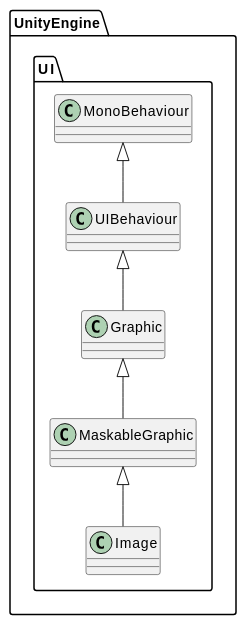
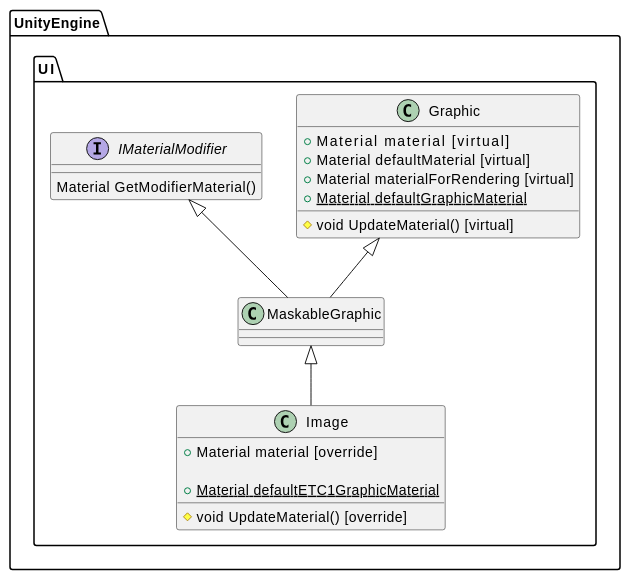
One commit to young40/young40.github.com changed the diagram in content/post/2021-12-26-UGUI-Source-Reading-01.md. Above: the diagram before and after it, drawn with PlantUML. The commit also changed other lines of this file and 3 other files, not shown here.

````diff
--- a/content/post/2021-12-26-UGUI-Source-Reading-01.md
+++ b/content/post/2021-12-26-UGUI-Source-Reading-01.md
@@ -23,18 +103,37 @@
 ```plantuml
 @startuml
 
 namespace UnityEngine.UI {
-    class Image
-    class MaskableGraphic
-    class Graphic
-    class UIBehaviour
-    class MonoBehaviour
+        class Image {
+                + Material material [override]
+
+                + {static} Material defaultETC1GraphicMaterial
+
+                # void UpdateMaterial() [override]
+        }
+        class MaskableGraphic
+        class Graphic
+        {
+                + Material material        [virtual]
+                + Material defaultMaterial [virtual]
+                + Material materialForRendering [virtual]
+                + {static} Material defaultGraphicMaterial
+
+                # void UpdateMaterial() [virtual]
+
+        }
+
+        interface IMaterialModifier
+        {
+                Material GetModifierMaterial()
+        }
 
     MaskableGraphic <|-- Image
-    Graphic         <|-- MaskableGraphic
-    UIBehaviour     <|-- Graphic
-    MonoBehaviour   <|-- UIBehaviour
+        Graphic         <|-- MaskableGraphic
+
+        IMaterialModifier <|-- MaskableGraphic
+
 }
 
 @enduml
 ```
````
